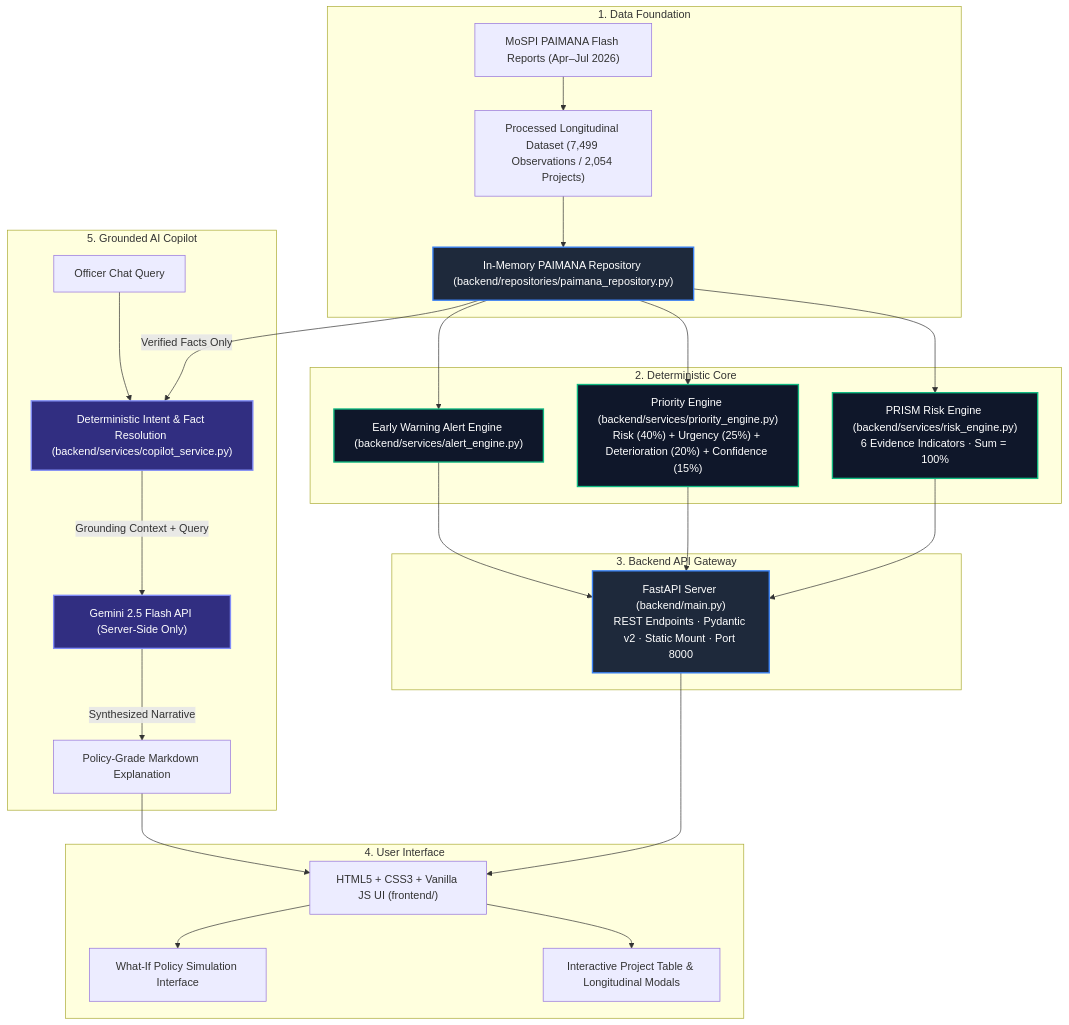
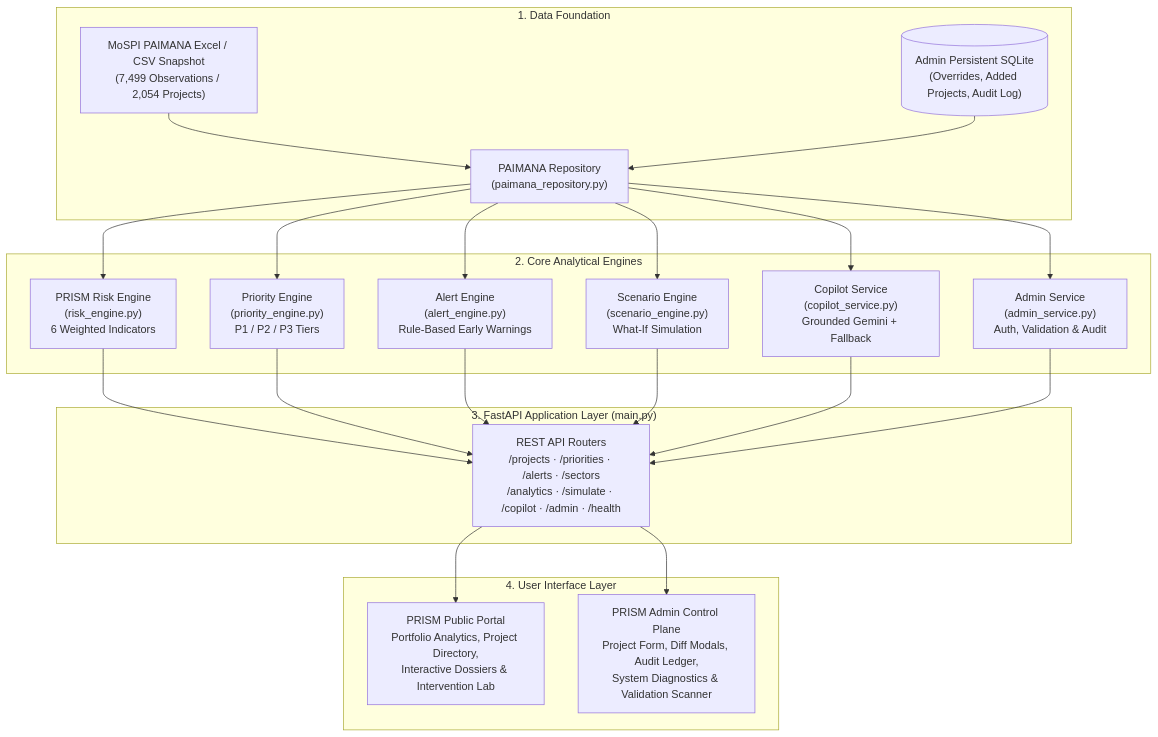
One commit to abhinavg138/PRISM changed the first of 2 diagrams in README.md. Above: the diagram before and after it, drawn with Mermaid. The commit also changed other lines of this file, not shown here.

Commit message:
docs: rebuild README with verified architecture diagrams and accurate metrics

````diff
--- a/README.md
+++ b/README.md
@@ -79,54 +67,43 @@
 ```mermaid
 flowchart TD
-    subgraph Data_Ingestion ["1. Data Foundation"]
-        MOSPI["MoSPI PAIMANA Flash Reports (Apr–Jul 2026)"]
-        DATASET["Processed Longitudinal Dataset (7,499 Observations / 2,054 Projects)"]
-        REPO["In-Memory PAIMANA Repository (backend/repositories/paimana_repository.py)"]
-        MOSPI --> DATASET --> REPO
+    subgraph Data_Layer ["1. Data Foundation"]
+        MOSPI["MoSPI PAIMANA Excel / CSV Snapshot<br/>(7,499 Observations / 2,054 Projects)"]
+        SQLITE[("Admin Persistent SQLite<br/>(Overrides, Added Projects, Audit Log)")]
+        REPO["PAIMANA Repository<br/>(paimana_repository.py)"]
+        MOSPI --> REPO
+        SQLITE --> REPO
     end
 
-    subgraph Deterministic_Engines ["2. Deterministic Core"]
-        RISK["PRISM Risk Engine (backend/services/risk_engine.py)<br/>6 Evidence Indicators · Sum = 100%"]
-        PRIORITY["Priority Engine (backend/services/priority_engine.py)<br/>Risk (40%) + Urgency (25%) + Deterioration (20%) + Confidence (15%)"]
-        ALERTS["Early Warning Alert Engine (backend/services/alert_engine.py)"]
+    subgraph Analytical_Engines ["2. Core Analytical Engines"]
+        RISK["PRISM Risk Engine<br/>(risk_engine.py)<br/>6 Weighted Indicators"]
+        PRIORITY["Priority Engine<br/>(priority_engine.py)<br/>P1 / P2 / P3 Tiers"]
+        ALERT["Alert Engine<br/>(alert_engine.py)<br/>Rule-Based Early Warnings"]
+        SCENARIO["Scenario Engine<br/>(scenario_engine.py)<br/>What-If Simulation"]
+        COPILOT["Copilot Service<br/>(copilot_service.py)<br/>Grounded Gemini + Fallback"]
+        ADMIN["Admin Service<br/>(admin_service.py)<br/>Auth, Validation & Audit"]
+
         REPO --> RISK
         REPO --> PRIORITY
-        REPO --> ALERTS
+        REPO --> ALERT
+        REPO --> SCENARIO
+        REPO --> COPILOT
+        REPO --> ADMIN
     end
 
-    subgraph API_Layer ["3. Backend API Gateway"]
-        FASTAPI["FastAPI Server (backend/main.py)<br/>REST Endpoints · Pydantic v2 · Static Mount · Port 8000"]
-        RISK --> FASTAPI
-        PRIORITY --> FASTAPI
-        ALERTS --> FASTAPI
+    subgraph API_Gateway ["3. FastAPI Application Layer (main.py)"]
+        ROUTERS["REST API Routers<br/>/projects · /priorities · /alerts · /sectors<br/>/analytics · /simulate · /copilot · /admin · /health"]
+        RISK --> ROUTERS
+        PRIORITY --> ROUTERS
+        ALERT --> ROUTERS
+        SCENARIO --> ROUTERS
+        COPILOT --> ROUTERS
+        ADMIN --> ROUTERS
     end
 
-    subgraph Client_App ["4. User Interface"]
-        DASH["HTML5 + CSS3 + Vanilla JS UI (frontend/)"]
-        TABLE["Interactive Project Table & Longitudinal Modals"]
-        SIM["What-If Policy Simulation Interface"]
-        FASTAPI --> DASH
-        DASH --> TABLE
-        DASH --> SIM
+    subgraph UI_Surfaces ["4. User Interface Layer"]
+        PORTAL["PRISM Public Portal<br/>Portfolio Analytics, Project Directory,<br/>Interactive Dossiers & Intervention Lab"]
+        ADMIN_UI["PRISM Admin Control Plane<br/>Project Form, Diff Modals, Audit Ledger,<br/>System Diagnostics & Validation Scanner"]
+        ROUTERS --> PORTAL
+        ROUTERS --> ADMIN_UI
     end
-
-    subgraph AI_Intelligence ["5. Grounded AI Copilot"]
-        USER["Officer Chat Query"]
-        INTENT["Deterministic Intent & Fact Resolution (backend/services/copilot_service.py)"]
-        GEMINI["Gemini 2.5 Flash API (Server-Side Only)"]
-        RESP["Policy-Grade Markdown Explanation"]
-        
-        USER --> INTENT
-        REPO -->|Verified Facts Only| INTENT
-        INTENT -->|Grounding Context + Query| GEMINI
-        GEMINI -->|Synthesized Narrative| RESP
-        RESP --> DASH
-    end
-
-    classDef core fill:#1e293b,stroke:#3b82f6,stroke-width:2px,color:#fff;
-    classDef engine fill:#0f172a,stroke:#10b981,stroke-width:2px,color:#fff;
-    classDef ai fill:#312e81,stroke:#818cf8,stroke-width:2px,color:#fff;
-    class RISK,PRIORITY,ALERTS engine;
-    class GEMINI,INTENT ai;
-    class REPO,FASTAPI core;
 ```
````
